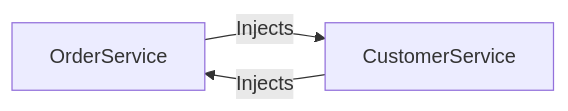
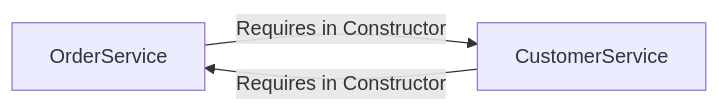
Before and after one commit to weaponxwolf/backend-engineering-mastry: the fifth of 5 diagrams in docs/spring-boot/dependency-injection.mdx, drawn with Mermaid. The commit also changed other lines of this file and 14 other files, not shown here.

Commit message:
docs: refactor and expand JPA and Hibernate architecture guide with physical memory and performance insights

````diff
--- a/docs/spring-boot/dependency-injection.mdx
+++ b/docs/spring-boot/dependency-injection.mdx
@@ -259,5 +226,5 @@
 ```mermaid
 flowchart LR
-    BeanA[OrderService] -->|Injects| BeanB[CustomerService]
-    BeanB -->|Injects| BeanA
+    ServiceA[OrderService] -->|"Requires in Constructor"| ServiceB[CustomerService]
+    ServiceB -->|"Requires in Constructor"| ServiceA
 ```
````
